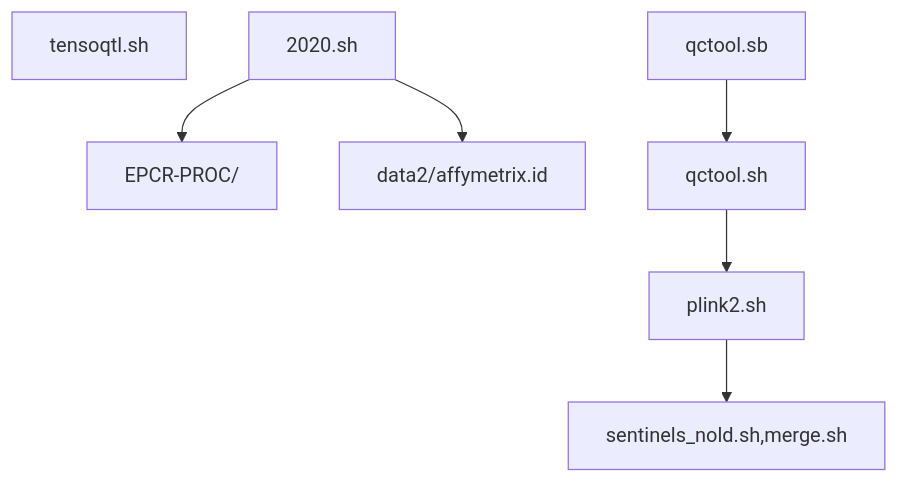
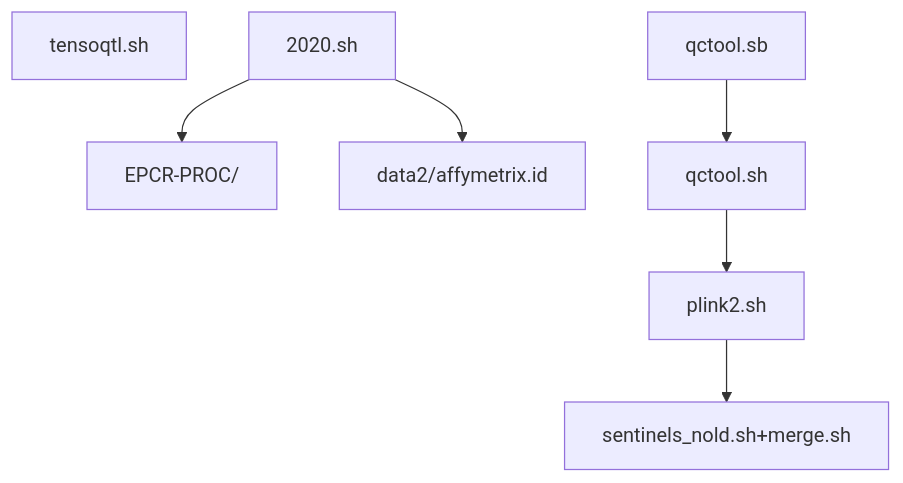
The first of 2 diagrams in docs/README.md (jinghuazhao/Caprion), drawn with Mermaid before and after one commit. The commit also changed other lines of this file, not shown here.

````diff
--- a/docs/README.md
+++ b/docs/README.md
@@ -40,9 +40,9 @@
 ```mermaid
 graph TB;
 tensoqtl.sh
 2020.sh --> EPCR-PROC/
 2020.sh --> data2/affymetrix.id
 qctool.sb --> qctool.sh
 qctool.sh --> plink2.sh
-plink2.sh --> sentinels_nold.sh,merge.sh
+plink2.sh --> sentinels_nold.sh+merge.sh
 ```
````
